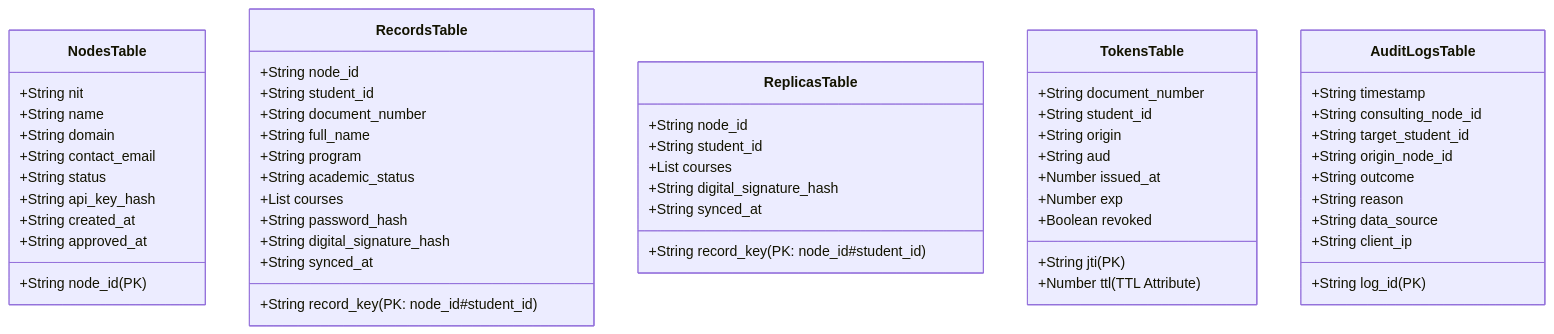
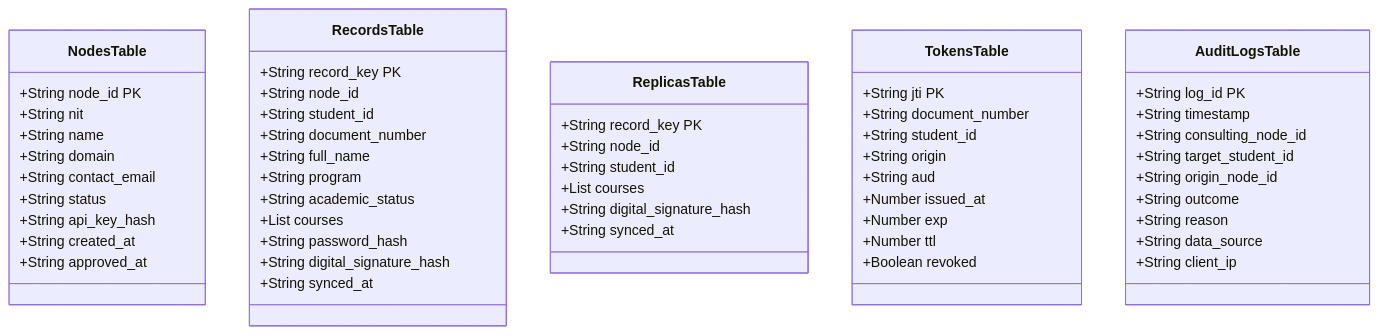
Before and after one commit to BrayanBMC/RFHA-IES_SD_TGS: the ninth of 19 diagrams in README.md, drawn with Mermaid. The commit also changed other lines of this file, not shown here.

Commit message:
docs(readme): fix mermaid syntax in architecture and sequence diagrams for github rendering

````diff
--- a/README.md
+++ b/README.md
@@ -839,61 +852,61 @@
 ```mermaid
 classDiagram
     class NodesTable {
-        +String node_id (PK)
+        +String node_id PK
         +String nit
         +String name
         +String domain
         +String contact_email
         +String status
         +String api_key_hash
         +String created_at
         +String approved_at
     }
 
     class RecordsTable {
-        +String record_key (PK: node_id#student_id)
+        +String record_key PK
         +String node_id
         +String student_id
         +String document_number
         +String full_name
         +String program
         +String academic_status
         +List courses
         +String password_hash
         +String digital_signature_hash
         +String synced_at
     }
 
     class ReplicasTable {
-        +String record_key (PK: node_id#student_id)
+        +String record_key PK
         +String node_id
         +String student_id
         +List courses
         +String digital_signature_hash
         +String synced_at
     }
 
     class TokensTable {
-        +String jti (PK)
+        +String jti PK
         +String document_number
         +String student_id
         +String origin
         +String aud
         +Number issued_at
         +Number exp
-        +Number ttl (TTL Attribute)
+        +Number ttl
         +Boolean revoked
     }
 
     class AuditLogsTable {
-        +String log_id (PK)
+        +String log_id PK
         +String timestamp
         +String consulting_node_id
         +String target_student_id
         +String origin_node_id
         +String outcome
         +String reason
         +String data_source
         +String client_ip
     }
 ```
````
